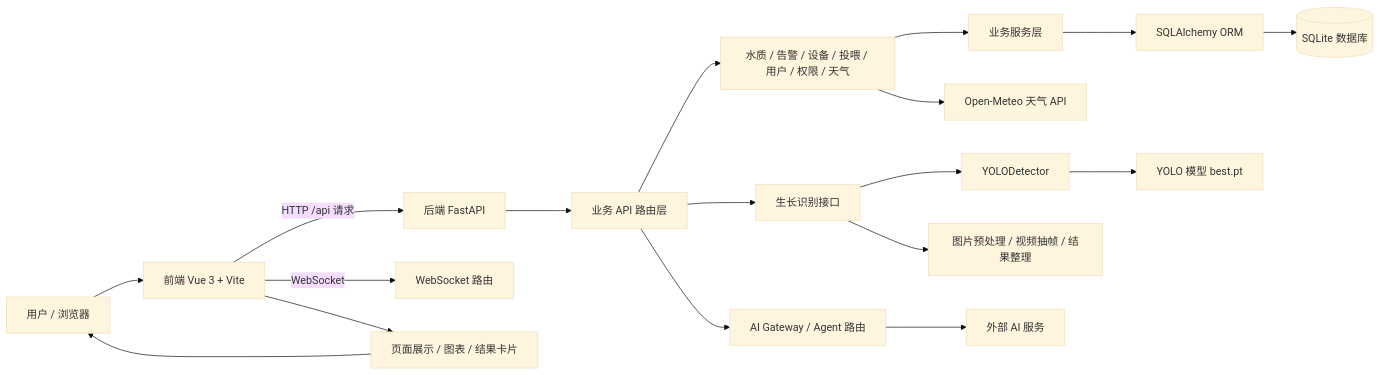
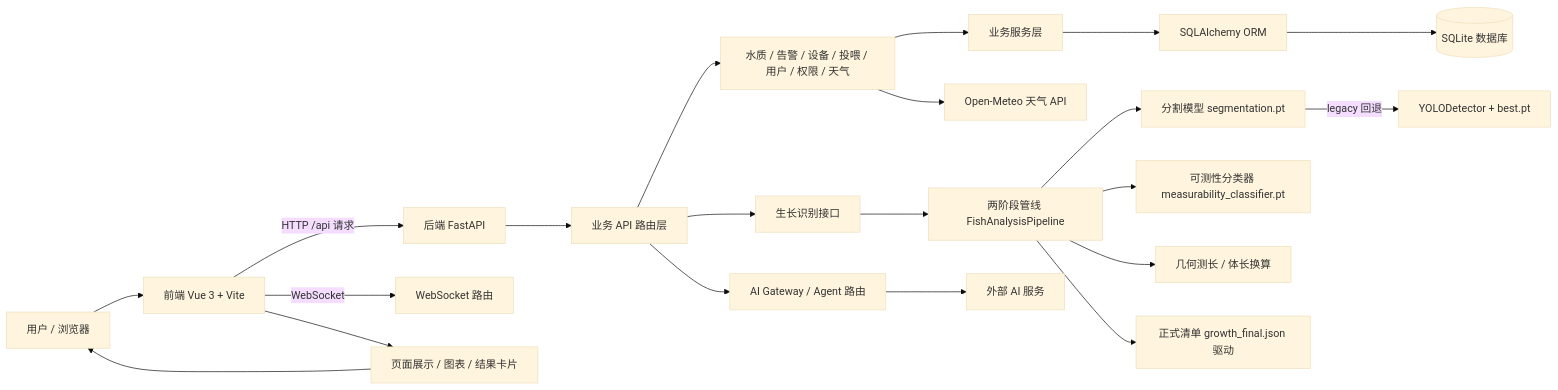
The first of 2 diagrams in README.md (Yihe-ng/smart-fishery), drawn with Mermaid (base theme) before and after one commit. The commit also changed other lines of this file and 2 other files, not shown here.

````diff
--- a/README.md
+++ b/README.md
@@ -38,25 +38,28 @@
 ```mermaid
 flowchart LR
     U[用户 / 浏览器] --> F[前端 Vue 3 + Vite]
     F -->|HTTP /api 请求| B[后端 FastAPI]
     F -->|WebSocket| W[WebSocket 路由]
 
     B --> A[业务 API 路由层]
     A --> WQ[水质 / 告警 / 设备 / 投喂 / 用户 / 权限 / 天气]
     A --> G[生长识别接口]
     A --> AG[AI Gateway / Agent 路由]
 
-    G --> M[YOLODetector]
-    M --> P[YOLO 模型 best.pt]
-    G --> S[图片预处理 / 视频抽帧 / 结果整理]
+    G --> P2[两阶段管线 FishAnalysisPipeline]
+    P2 --> SEG[分割模型 segmentation.pt]
+    P2 --> CLS[可测性分类器 measurability_classifier.pt]
+    P2 --> LEN[几何测长 / 体长换算]
+    P2 --> MF[正式清单 growth_final.json 驱动]
+    SEG -->|legacy 回退| YD[YOLODetector + best.pt]
 
     WQ --> SV[业务服务层]
     SV --> D[SQLAlchemy ORM]
     D --> DB[(SQLite 数据库)]
 
     AG --> EXT[外部 AI 服务]
     WQ --> EXTW[Open-Meteo 天气 API]
 
     F --> UI[页面展示 / 图表 / 结果卡片]
     UI --> U
 ```
````
